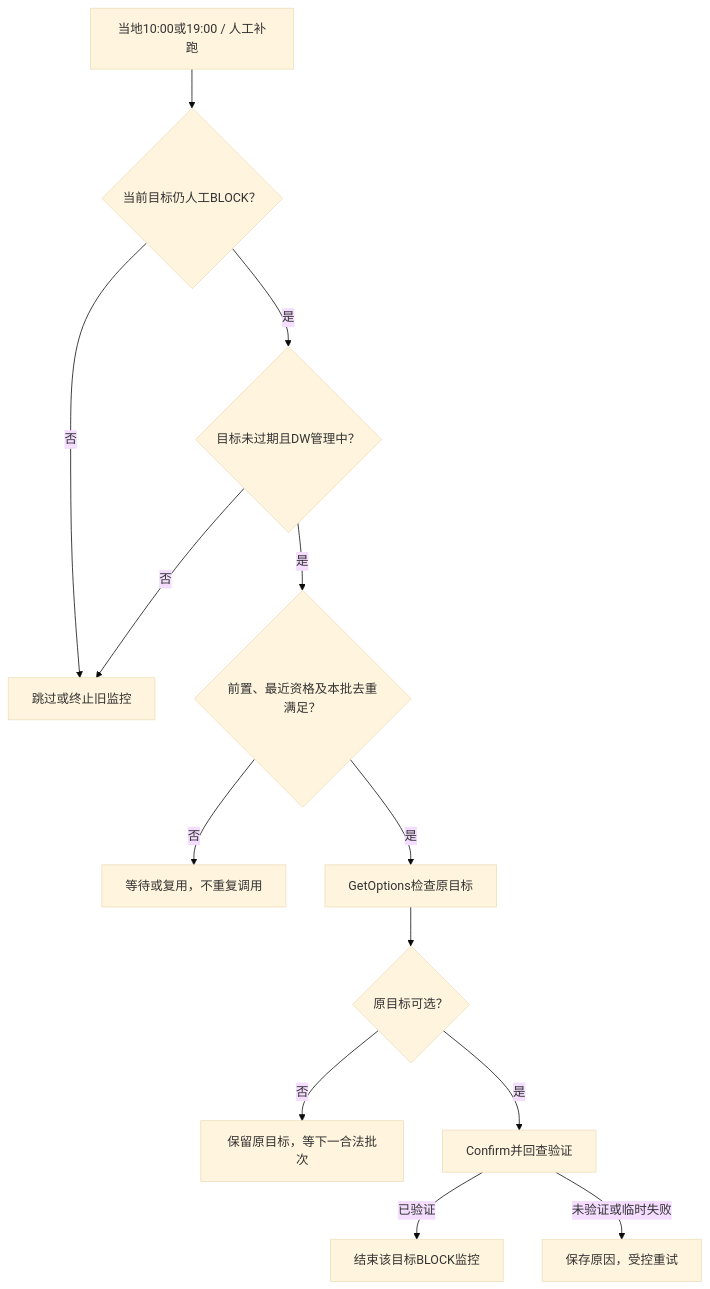
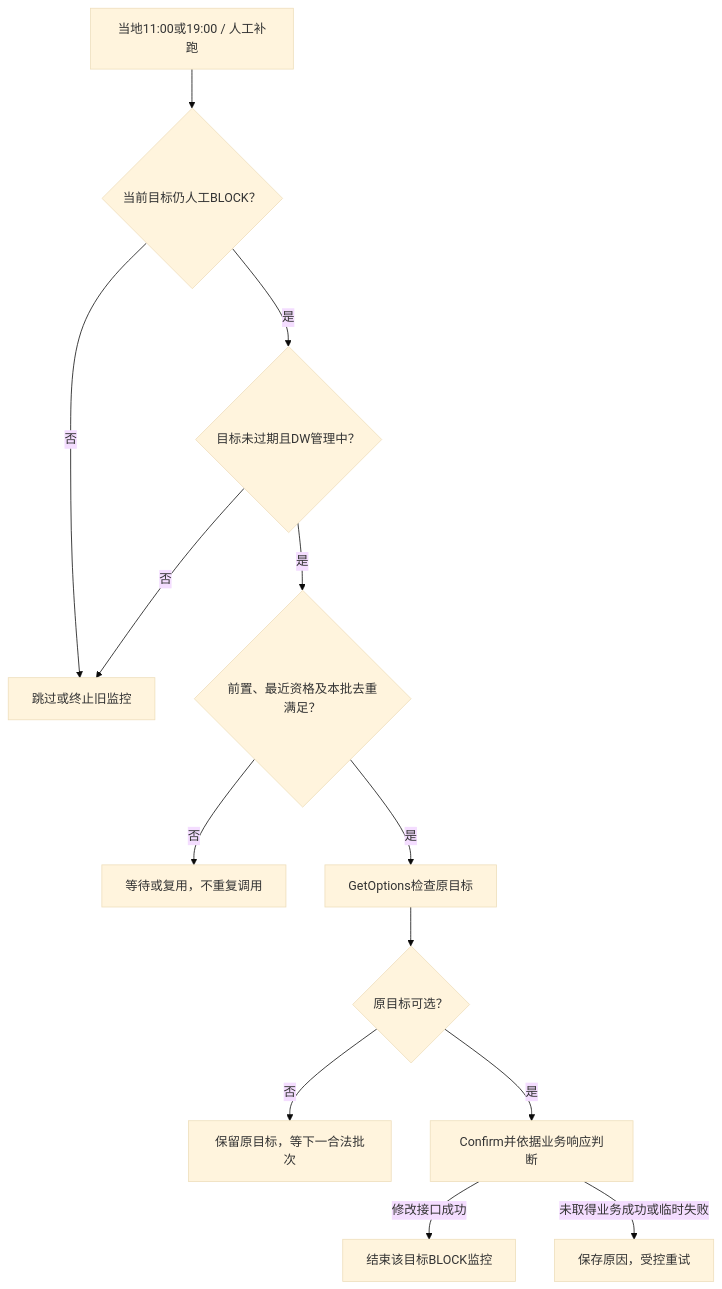
One commit to zhangwen960722/luna-daily changed the eighth of 16 diagrams in 0-产品经理使用IDE/drafts/Amazon管理/Amazon管理产品方案.md. Above: the diagram before and after it, drawn with Mermaid (base theme). The commit also changed other lines of this file and 8 other files, not shown here.

````diff
--- a/0-产品经理使用IDE/drafts/Amazon管理/Amazon管理产品方案.md
+++ b/0-产品经理使用IDE/drafts/Amazon管理/Amazon管理产品方案.md
@@ -454,15 +505,15 @@
 ```mermaid
 flowchart TB
-    A["当地10:00或19:00 / 人工补跑"] --> B{"当前目标仍人工BLOCK？"}
+    A["当地11:00或19:00 / 人工补跑"] --> B{"当前目标仍人工BLOCK？"}
     B -->|否| C["跳过或终止旧监控"]
     B -->|是| D{"目标未过期且DW管理中？"}
     D -->|否| C
     D -->|是| E{"前置、最近资格及本批去重满足？"}
     E -->|否| F["等待或复用，不重复调用"]
     E -->|是| G["GetOptions检查原目标"]
     G --> H{"原目标可选？"}
     H -->|否| I["保留原目标，等下一合法批次"]
-    H -->|是| J["Confirm并回查验证"]
-    J -->|已验证| K["结束该目标BLOCK监控"]
-    J -->|未验证或临时失败| L["保存原因，受控重试"]
+    H -->|是| J["Confirm并依据业务响应判断"]
+    J -->|修改接口成功| K["结束该目标BLOCK监控"]
+    J -->|未取得业务成功或临时失败| L["保存原因，受控重试"]
 ```
````
